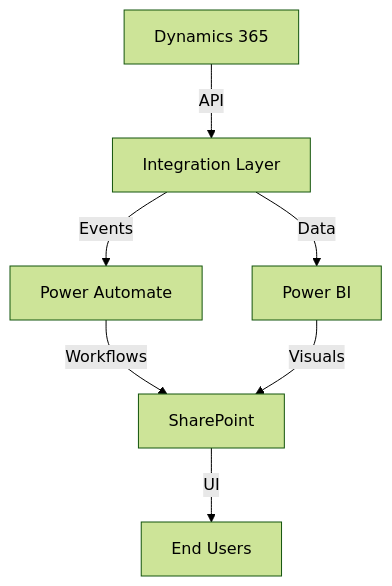
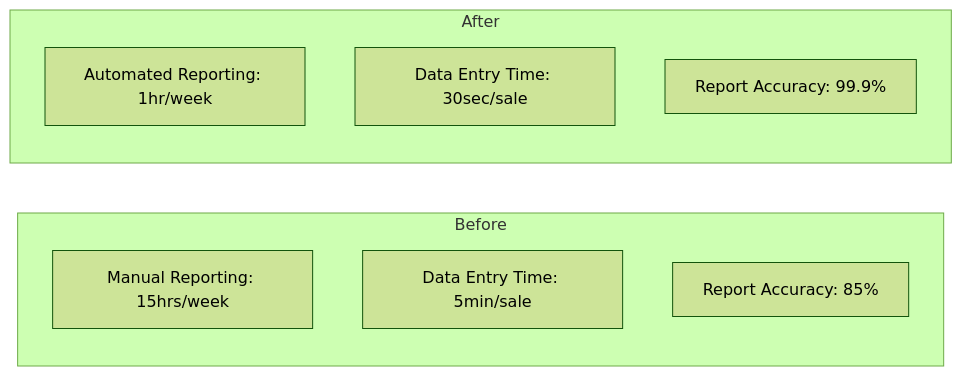
One commit to pavankakarrot/my-portfolio-website changed the sixth of 6 diagrams in content/projects/powerbi/Index.md. Above: the diagram before and after it, drawn with Mermaid (forest theme). The commit also changed other lines of this file, not shown here.

````diff
--- a/content/projects/powerbi/Index.md
+++ b/content/projects/powerbi/Index.md
@@ -620,9 +273,13 @@
 ```mermaid
-graph TD
-    A[Dynamics 365] -->|API| B[Integration Layer]
-    B -->|Events| C[Power Automate]
-    B -->|Data| D[Power BI]
-    C -->|Workflows| E[SharePoint]
-    D -->|Visuals| E
-    E -->|UI| F[End Users]
+graph LR
+    subgraph Before
+    A[Manual Reporting: 15hrs/week]
+    B[Data Entry Time: 5min/sale]
+    C[Report Accuracy: 85%]
+    end
+    subgraph After
+    D[Automated Reporting: 1hr/week]
+    E[Data Entry Time: 30sec/sale]
+    F[Report Accuracy: 99.9%]
+    end
 ```
````
